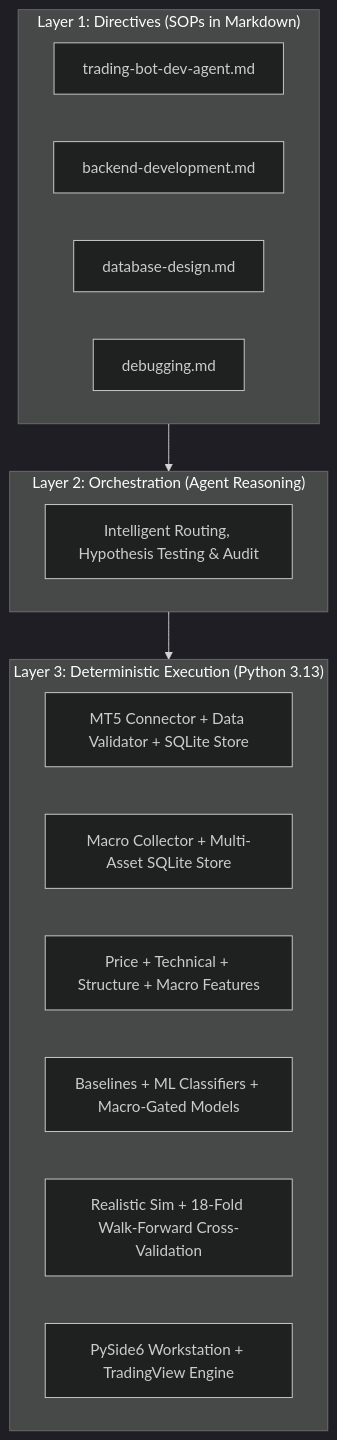
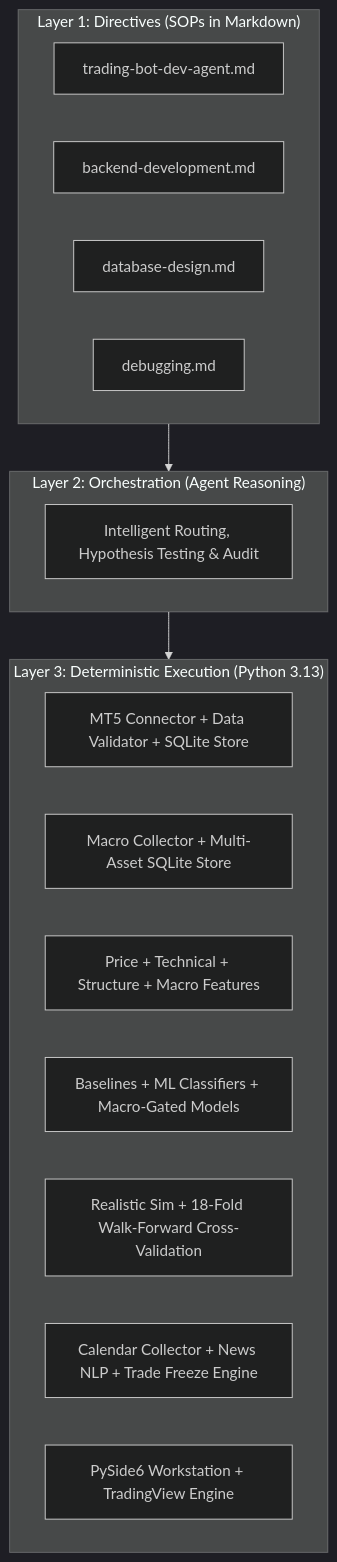
Before and after one commit to jvhlr/Trading-Agent: the diagram in PROGRESS_REPORT.md, drawn with Mermaid (dark theme). The commit also changed other lines of this file and 21 other files, not shown here.

````diff
--- a/PROGRESS_REPORT.md
+++ b/PROGRESS_REPORT.md
@@ -26,25 +27,26 @@
 ```mermaid
 flowchart TD
     subgraph Layer1["Layer 1: Directives (SOPs in Markdown)"]
         D1[trading-bot-dev-agent.md]
         D2[backend-development.md]
         D3[database-design.md]
         D4[debugging.md]
     end
 
     subgraph Layer2["Layer 2: Orchestration (Agent Reasoning)"]
         ORCH[Intelligent Routing, Hypothesis Testing & Audit]
     end
 
     subgraph Layer3["Layer 3: Deterministic Execution (Python 3.13)"]
         DATA[MT5 Connector + Data Validator + SQLite Store]
         MACRO[Macro Collector + Multi-Asset SQLite Store]
         FEAT[Price + Technical + Structure + Macro Features]
         ML[Baselines + ML Classifiers + Macro-Gated Models]
         SIM[Realistic Sim + 18-Fold Walk-Forward Cross-Validation]
+        FREEZE[Calendar Collector + News NLP + Trade Freeze Engine]
         GUI[PySide6 Workstation + TradingView Engine]
     end
 
     Layer1 --> Layer2
     Layer2 --> Layer3
 ```
````
